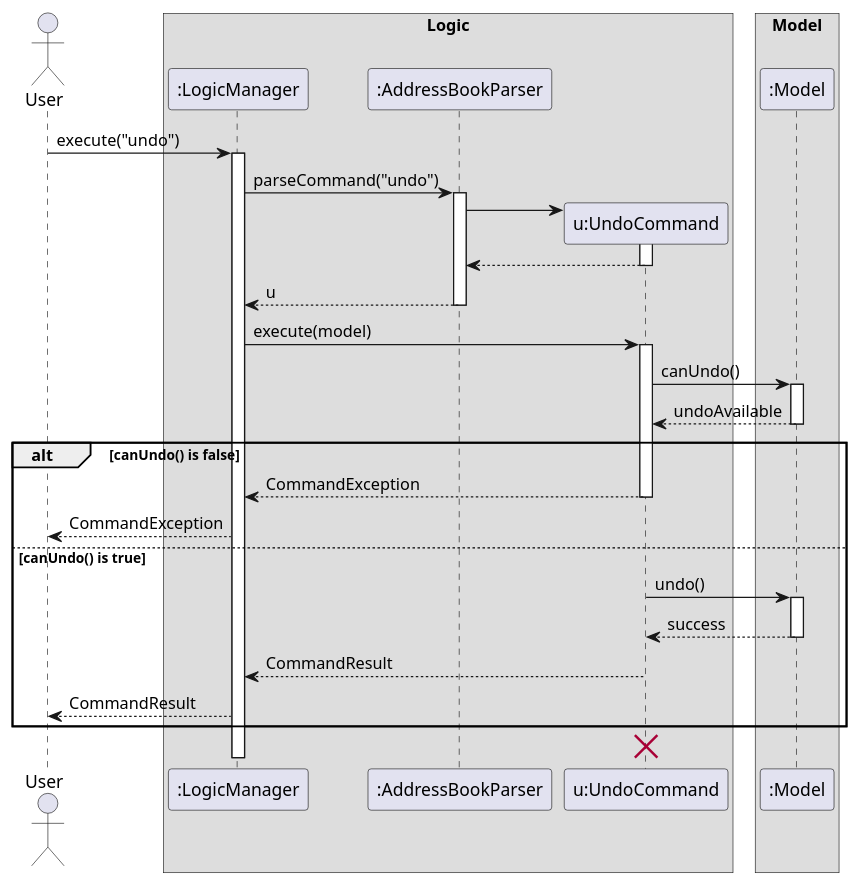
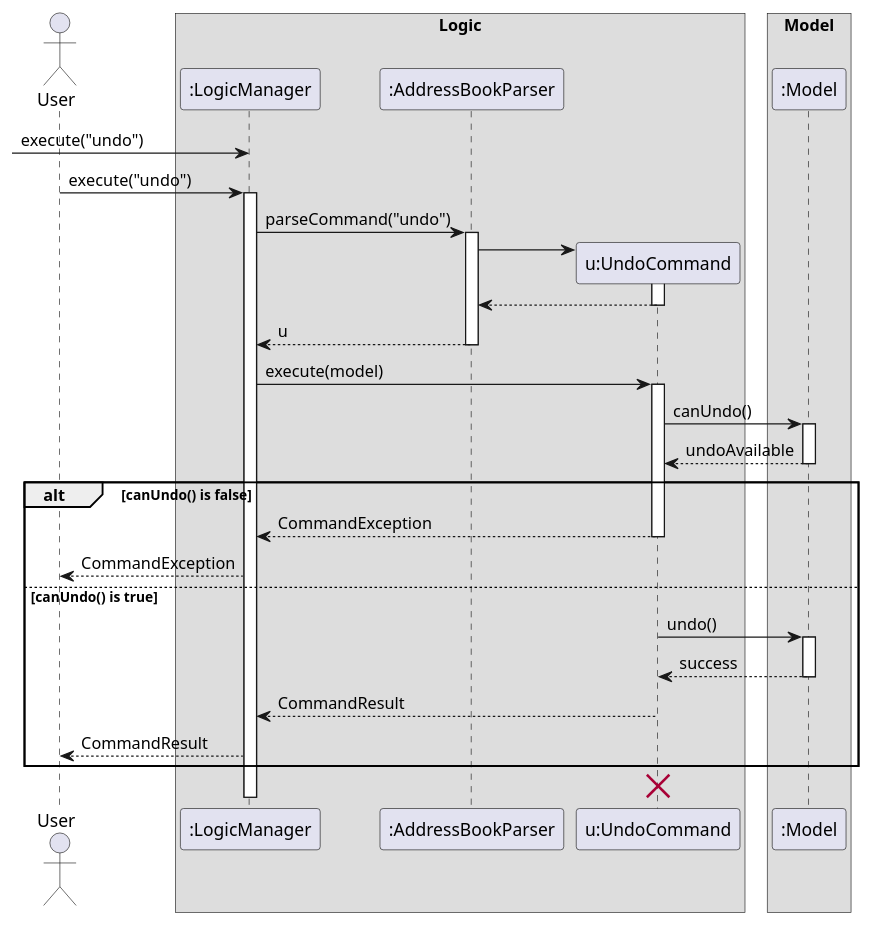
One commit to AY2526S1-CS2103T-T10-3/tp changed the diagram in diagrams/UndoSequenceDiagram-Logic.puml. Above: the diagram before and after it, drawn with PlantUML. The commit also changed 22 other files, not shown here.

```diff
--- a/diagrams/UndoSequenceDiagram-Logic.puml
+++ b/diagrams/UndoSequenceDiagram-Logic.puml
@@ -1,55 +1,56 @@
 @startuml
 skinparam ArrowFontStyle plain
 
 actor User
 
 box Logic
 participant ":LogicManager" as LogicManager
 participant ":AddressBookParser" as AddressBookParser
 participant "u:UndoCommand" as UndoCommand
 end box
 
 box Model
 participant ":Model" as Model
 end box
 
+[-> LogicManager : execute("undo")
 User -> LogicManager : execute("undo")
 activate LogicManager
 
 LogicManager -> AddressBookParser : parseCommand("undo")
 activate AddressBookParser
 
 create UndoCommand
 AddressBookParser -> UndoCommand
 activate UndoCommand
 UndoCommand --> AddressBookParser
 deactivate UndoCommand
 
 AddressBookParser --> LogicManager : u
 deactivate AddressBookParser
 
 LogicManager -> UndoCommand : execute(model)
 activate UndoCommand
 
 UndoCommand -> Model : canUndo()
 activate Model
 Model --> UndoCommand : undoAvailable
 deactivate Model
 
 alt canUndo() is false
   UndoCommand --> LogicManager : CommandException
   deactivate UndoCommand
   LogicManager --> User : CommandException
 else canUndo() is true
   UndoCommand -> Model : undo()
   activate Model
   Model --> UndoCommand : success
   deactivate Model
   UndoCommand --> LogicManager : CommandResult
   deactivate UndoCommand
   LogicManager --> User : CommandResult
 end
 
 destroy UndoCommand
 deactivate LogicManager
 @enduml
```
